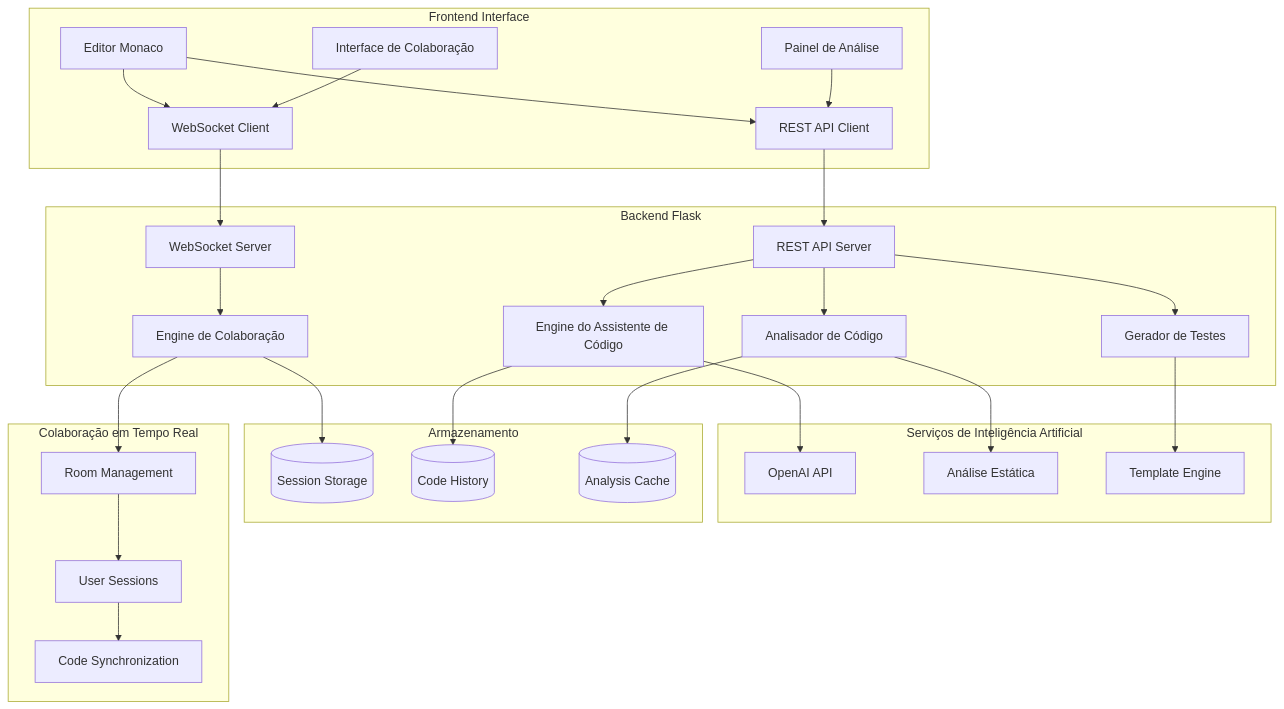
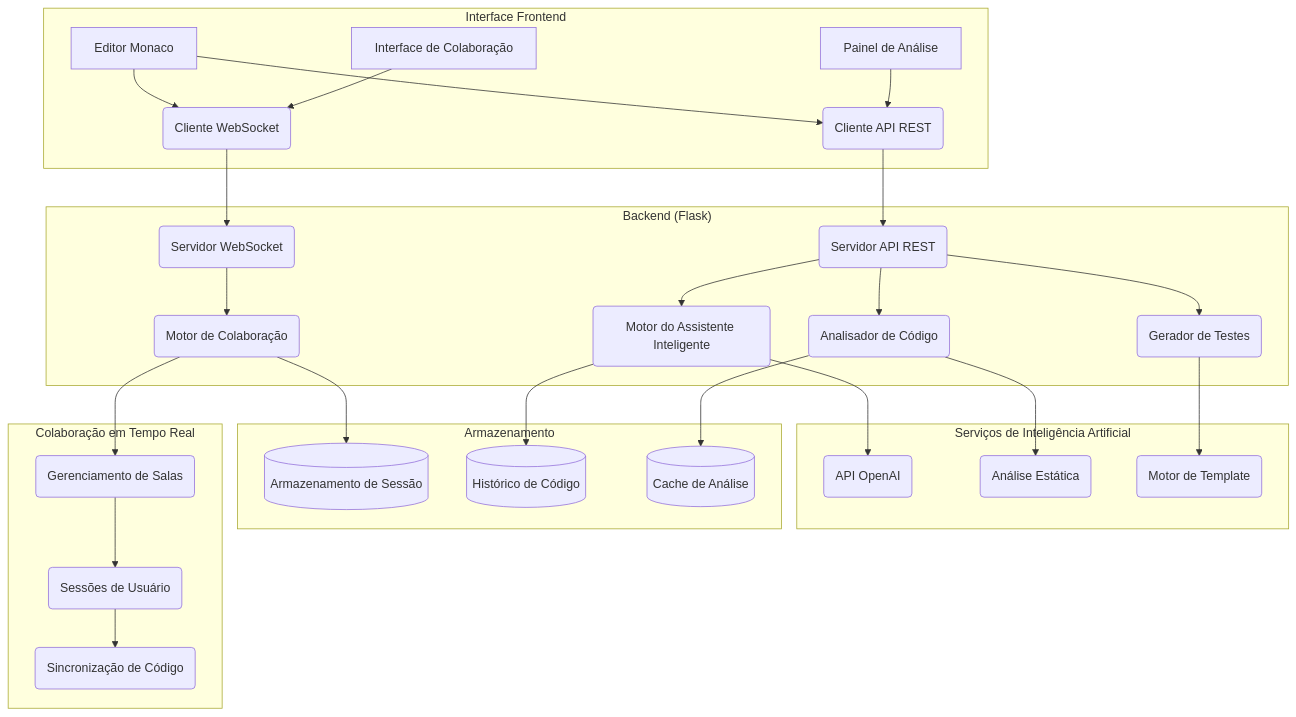
Before and after one commit to galafis/AI-Code-Assistant: the first of 2 diagrams in README.md, drawn with Mermaid. The commit also changed other lines of this file, not shown here.

Commit message:
Corrigir sintaxe dos diagramas Mermaid no README.md

````diff
--- a/README.md
+++ b/README.md
@@ -77,36 +77,36 @@
 ```mermaid
 graph TD
-    subgraph "Frontend Interface"
-        A[Editor Monaco] --> B[WebSocket Client]
-        A --> C[REST API Client]
+    subgraph "Interface Frontend"
+        A[Editor Monaco] --> B(Cliente WebSocket)
+        A --> C(Cliente API REST)
         D[Interface de Colaboração] --> B
         E[Painel de Análise] --> C
     end
 
-    subgraph "Backend Flask"
-        B --> F[WebSocket Server]
-        C --> G[REST API Server]
-        F --> H[Engine de Colaboração]
-        G --> I[Engine do Assistente de Código]
-        G --> J[Analisador de Código]
-        G --> K[Gerador de Testes]
+    subgraph "Backend (Flask)"
+        B --> F(Servidor WebSocket)
+        C --> G(Servidor API REST)
+        F --> H(Motor de Colaboração)
+        G --> I(Motor do Assistente Inteligente)
+        G --> J(Analisador de Código)
+        G --> K(Gerador de Testes)
     end
 
     subgraph "Serviços de Inteligência Artificial"
-        I --> L[OpenAI API]
-        J --> M[Análise Estática]
-        K --> N[Template Engine]
+        I --> L(API OpenAI)
+        J --> M(Análise Estática)
+        K --> N(Motor de Template)
     end
 
     subgraph "Armazenamento"
-        H --> O[(Session Storage)]
-        I --> P[(Code History)]
-        J --> Q[(Analysis Cache)]
+        H --> O[(Armazenamento de Sessão)]
+        I --> P[(Histórico de Código)]
+        J --> Q[(Cache de Análise)]
     end
 
     subgraph "Colaboração em Tempo Real"
-        H --> R[Room Management]
-        R --> S[User Sessions]
-        S --> T[Code Synchronization]
+        H --> R(Gerenciamento de Salas)
+        R --> S(Sessões de Usuário)
+        S --> T(Sincronização de Código)
     end
 ```
````
